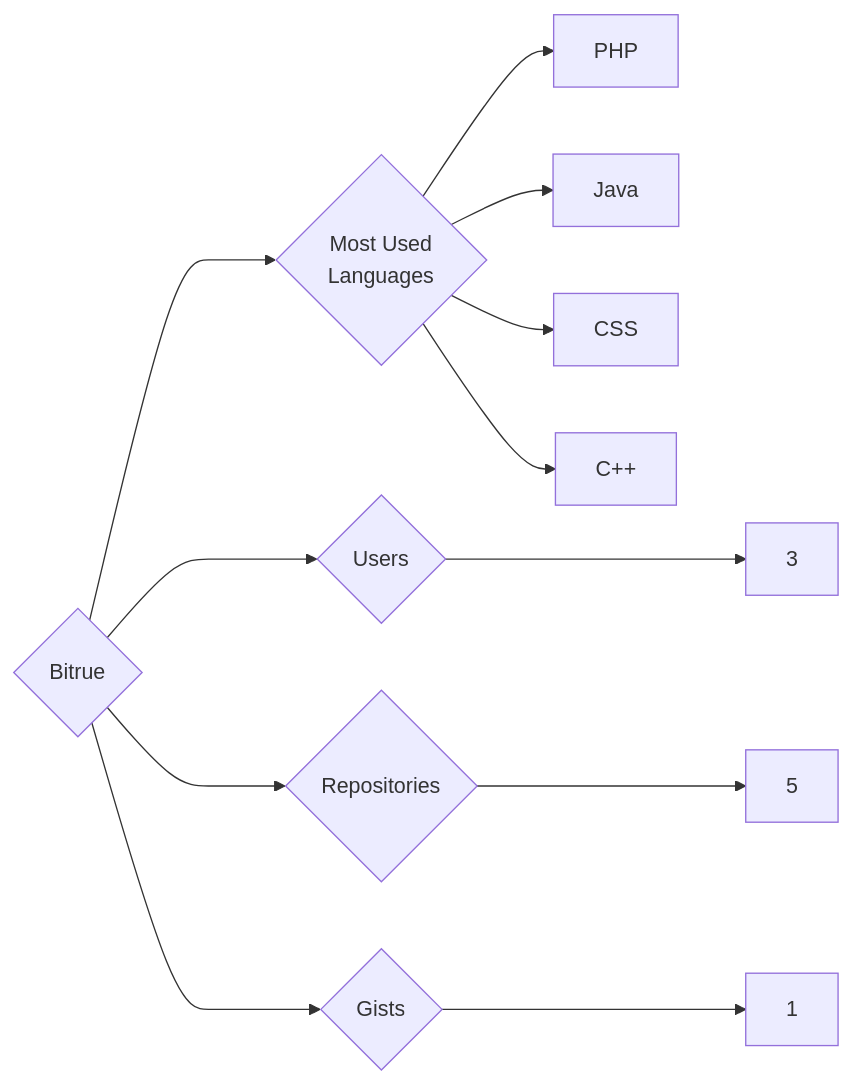
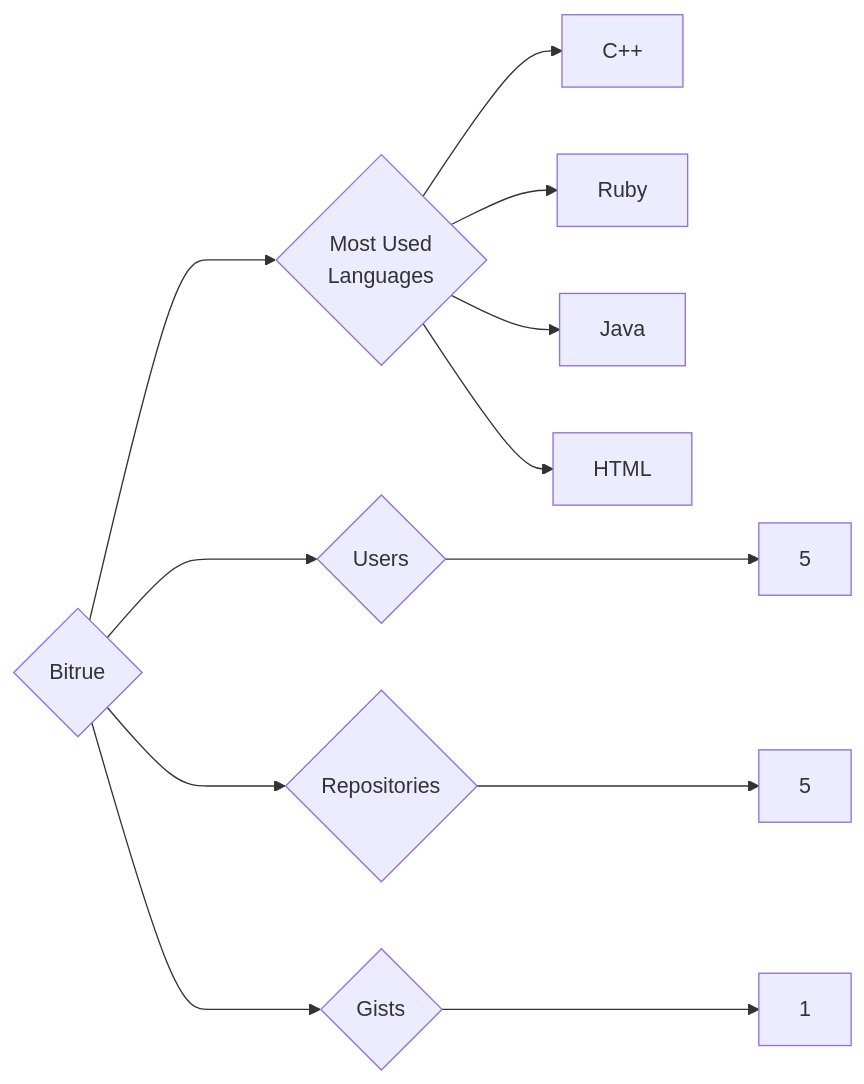
Before and after one commit to trickest/insiders: the diagram in targets/Bitrue/README.md, drawn with Mermaid. The commit also changed 878 other files, not shown here.

````diff
--- a/targets/Bitrue/README.md
+++ b/targets/Bitrue/README.md
@@ -3,12 +3,12 @@
 ```mermaid
 graph LR
 COMPANY_NAME{Bitrue}
-COMPANY_NAME ---> U{Users} ---> UN[3]
+COMPANY_NAME ---> U{Users} ---> UN[5]
 COMPANY_NAME ---> R{Repositories} ---> RN[5]
 COMPANY_NAME ---> G{Gists} ---> GN[1]
 COMPANY_NAME ---> ML{Most Used<br>Languages}
-ML --> PHP[PHP]
+ML --> C++[C++]
+ML --> Ruby[Ruby]
 ML --> Java[Java]
-ML --> CSS[CSS]
-ML --> C++[C++]
+ML --> HTML[HTML]
 ```
````
